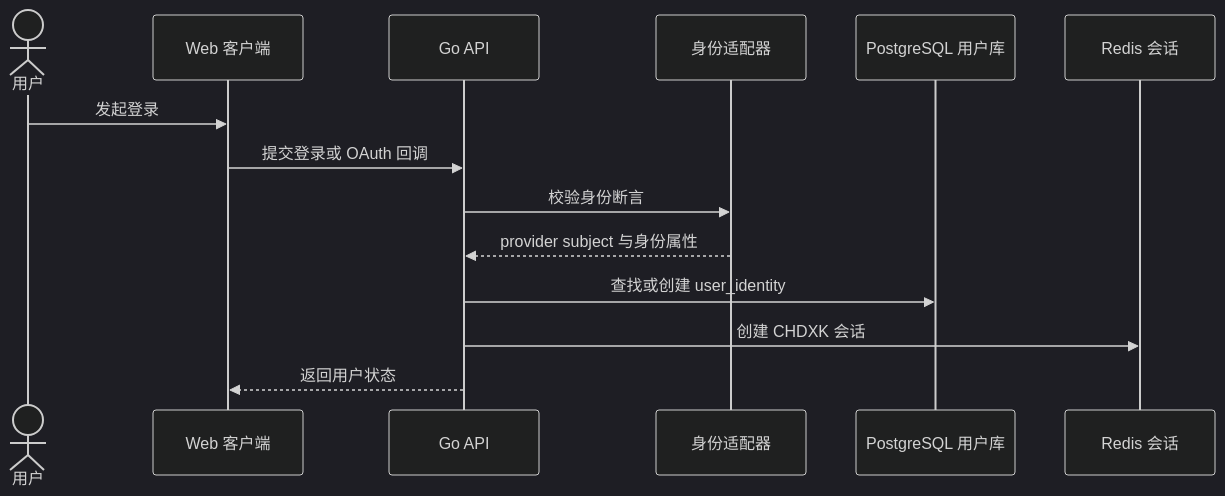
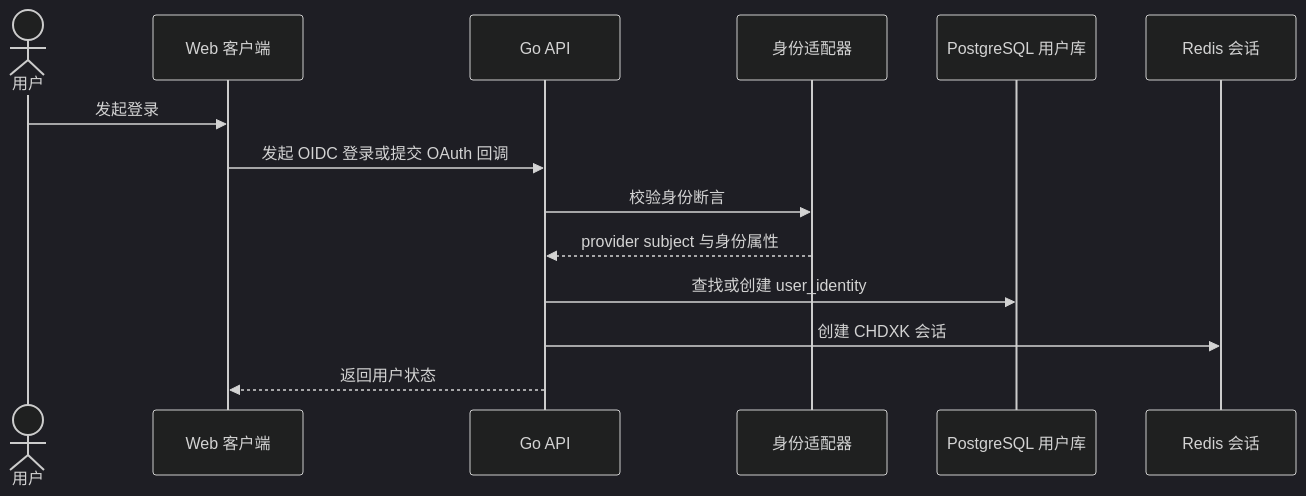
The second of 4 diagrams in docs/CHDXK-localization-design.md (RinnMoe/CHDXK), drawn with Mermaid (dark theme) before and after one commit. The commit also changed other lines of this file and 31 other files, not shown here.

````diff
--- a/docs/CHDXK-localization-design.md
+++ b/docs/CHDXK-localization-design.md
@@ -536,20 +539,20 @@
 ```mermaid
 sequenceDiagram
     accTitle: CHDXK 认证与业务数据边界
     accDescr: 站点登录先建立 CHDXK 内部账号和会话；课程数据由独立采集工具进入现有导入流程，不通过站点在线课表同步。
 
     actor learner as 用户
     participant web_client as Web 客户端
     participant web_api as Go API
     participant identity_adapter as 身份适配器
     participant user_database as PostgreSQL 用户库
     participant session_store as Redis 会话
 
     learner->>web_client: 发起登录
-    web_client->>web_api: 提交登录或 OAuth 回调
+    web_client->>web_api: 发起 OIDC 登录或提交 OAuth 回调
     web_api->>identity_adapter: 校验身份断言
     identity_adapter-->>web_api: provider subject 与身份属性
     web_api->>user_database: 查找或创建 user_identity
     web_api->>session_store: 创建 CHDXK 会话
     web_api-->>web_client: 返回用户状态
 ```
````
